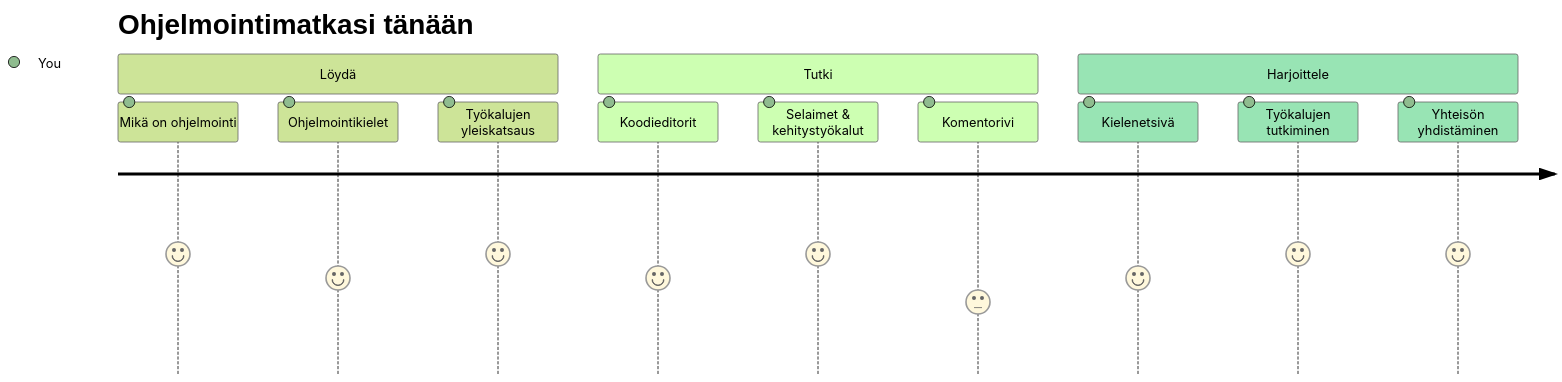
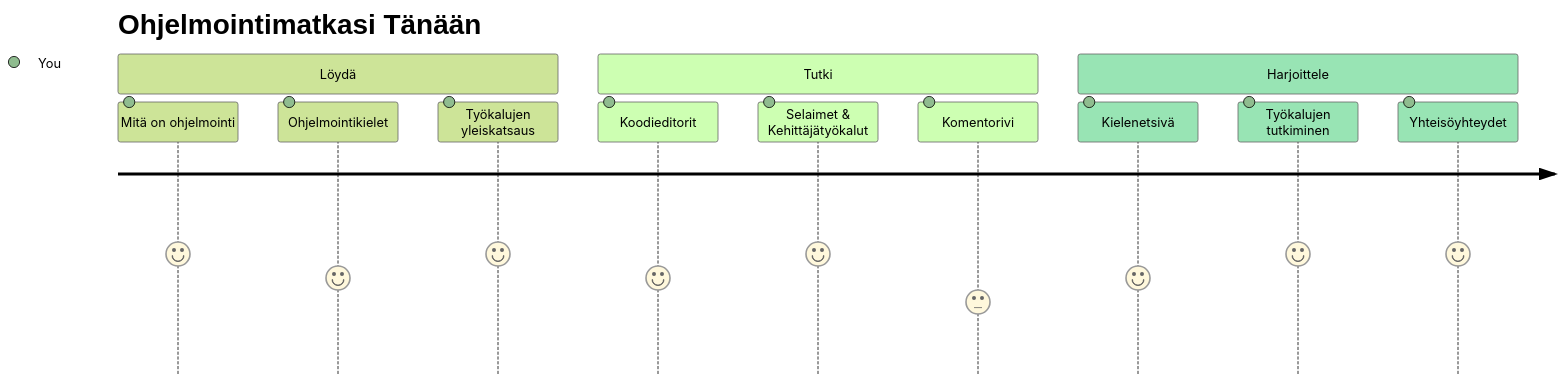
Before and after one commit to microsoft/Web-Dev-For-Beginners: the first of 7 diagrams in translations/fi/1-getting-started-lessons/1-intro-to-programming-languages/README.md, drawn with Mermaid (forest theme). The commit also changed other lines of this file and 8 other files, not shown here.

````diff
--- a/translations/fi/1-getting-started-lessons/1-intro-to-programming-languages/README.md
+++ b/translations/fi/1-getting-started-lessons/1-intro-to-programming-languages/README.md
@@ -14,16 +14,16 @@
 ```mermaid
 journey
-    title Ohjelmointimatkasi tänään
+    title Ohjelmointimatkasi Tänään
     section Löydä
-      Mikä on ohjelmointi: 5: You
+      Mitä on ohjelmointi: 5: You
       Ohjelmointikielet: 4: You
       Työkalujen yleiskatsaus: 5: You
     section Tutki
       Koodieditorit: 4: You
-      Selaimet & kehitystyökalut: 5: You
+      Selaimet & Kehittäjätyökalut: 5: You
       Komentorivi: 3: You
     section Harjoittele
       Kielenetsivä: 4: You
       Työkalujen tutkiminen: 5: You
-      Yhteisön yhdistäminen: 5: You
+      Yhteisöyhteydet: 5: You
 ```
````
